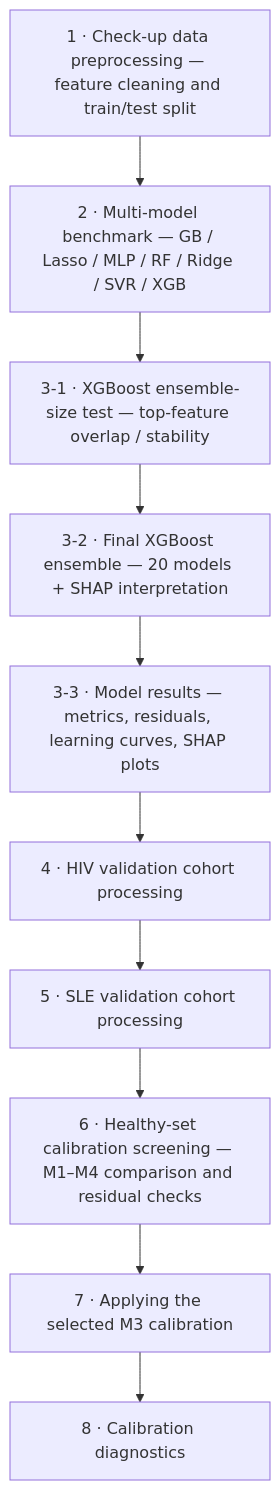
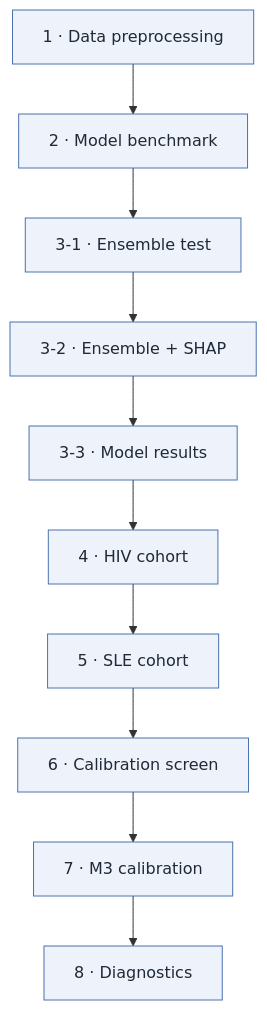
The diagram in README.md (yinxy1992/IPAgeGap), drawn with Mermaid before and after one commit. The commit also changed other lines of this file, not shown here.

````diff
--- a/README.md
+++ b/README.md
@@ -34,12 +34,15 @@
 ```mermaid
 flowchart TD
-    A["1 · Check-up data preprocessing — feature cleaning and train/test split"] --> B["2 · Multi-model benchmark — GB / Lasso / MLP / RF / Ridge / SVR / XGB"]
-    B --> C["3-1 · XGBoost ensemble-size test — top-feature overlap / stability"]
-    C --> D["3-2 · Final XGBoost ensemble — 20 models + SHAP interpretation"]
-    D --> E["3-3 · Model results — metrics, residuals, learning curves, SHAP plots"]
-    E --> F["4 · HIV validation cohort processing"]
-    F --> G["5 · SLE validation cohort processing"]
-    G --> H["6 · Healthy-set calibration screening — M1–M4 comparison and residual checks"]
-    H --> I["7 · Applying the selected M3 calibration"]
-    I --> J["8 · Calibration diagnostics"]
+    A["1 · Data preprocessing"] --> B["2 · Model benchmark"]
+    B --> C["3-1 · Ensemble test"]
+    C --> D["3-2 · Ensemble + SHAP"]
+    D --> E["3-3 · Model results"]
+    E --> F["4 · HIV cohort"]
+    F --> G["5 · SLE cohort"]
+    G --> H["6 · Calibration screen"]
+    H --> I["7 · M3 calibration"]
+    I --> J["8 · Diagnostics"]
+
+    classDef step fill:#eef3fb,stroke:#4a72b0,stroke-width:1px,color:#1f2937;
+    class A,B,C,D,E,F,G,H,I,J step;
 ```
````
